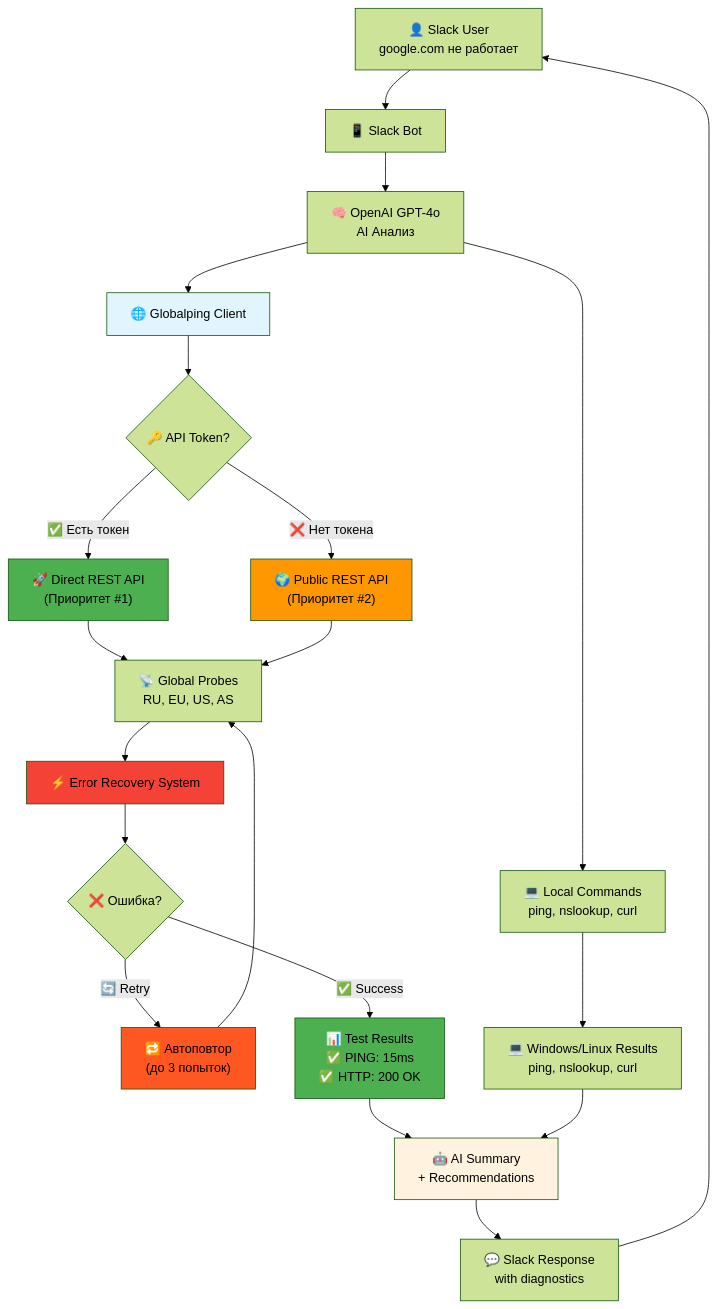
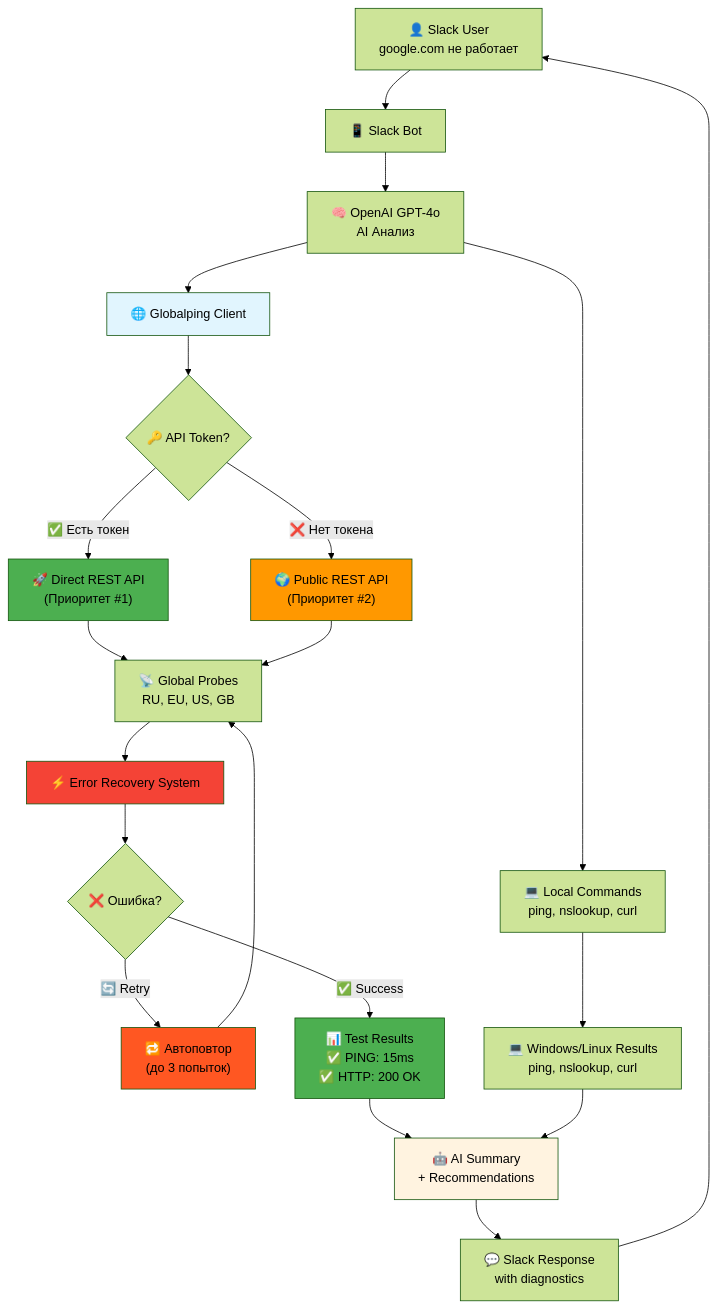
One commit to 2naive/slack-ai-bot changed the diagram in README.md. Above: the diagram before and after it, drawn with Mermaid (forest theme). The commit also changed other lines of this file and 2 other files, not shown here.

````diff
--- a/README.md
+++ b/README.md
@@ -117,37 +117,37 @@
 ```mermaid
 graph TD
     A["👤 Slack User<br/>google.com не работает"] --> B["📱 Slack Bot"]
     B --> C["🧠 OpenAI GPT-4o<br/>AI Анализ"]
     C --> D["💻 Local Commands<br/>ping, nslookup, curl"]
     C --> E["🌐 Globalping Client"]
     
     E --> F{"🔑 API Token?"}
     F -->|"✅ Есть токен"| G["🚀 Direct REST API<br/>(Приоритет #1)"]
     F -->|"❌ Нет токена"| H["🌍 Public REST API<br/>(Приоритет #2)"]
     
-    G --> I["📡 Global Probes<br/>RU, EU, US, AS"]
+    G --> I["📡 Global Probes<br/>RU, EU, US, GB"]
     H --> I
     
     I --> J["⚡ Error Recovery System"]
     J --> K{"❌ Ошибка?"}
     K -->|"🔄 Retry"| L["🔁 Автоповтор<br/>(до 3 попыток)"]
     K -->|"✅ Success"| M["📊 Test Results<br/>✅ PING: 15ms<br/>✅ HTTP: 200 OK"]
     
     L --> I
     
     D --> N["💻 Windows/Linux Results<br/>ping, nslookup, curl"]
     
     M --> O["🤖 AI Summary<br/>+ Recommendations"]
     N --> O
     
     O --> P["💬 Slack Response<br/>with diagnostics"]
     P --> A
     
     style E fill:#e1f5fe
     style G fill:#4caf50
     style H fill:#ff9800
     style J fill:#f44336
     style L fill:#ff5722
     style M fill:#4caf50
     style O fill:#fff3e0
 ```
````
